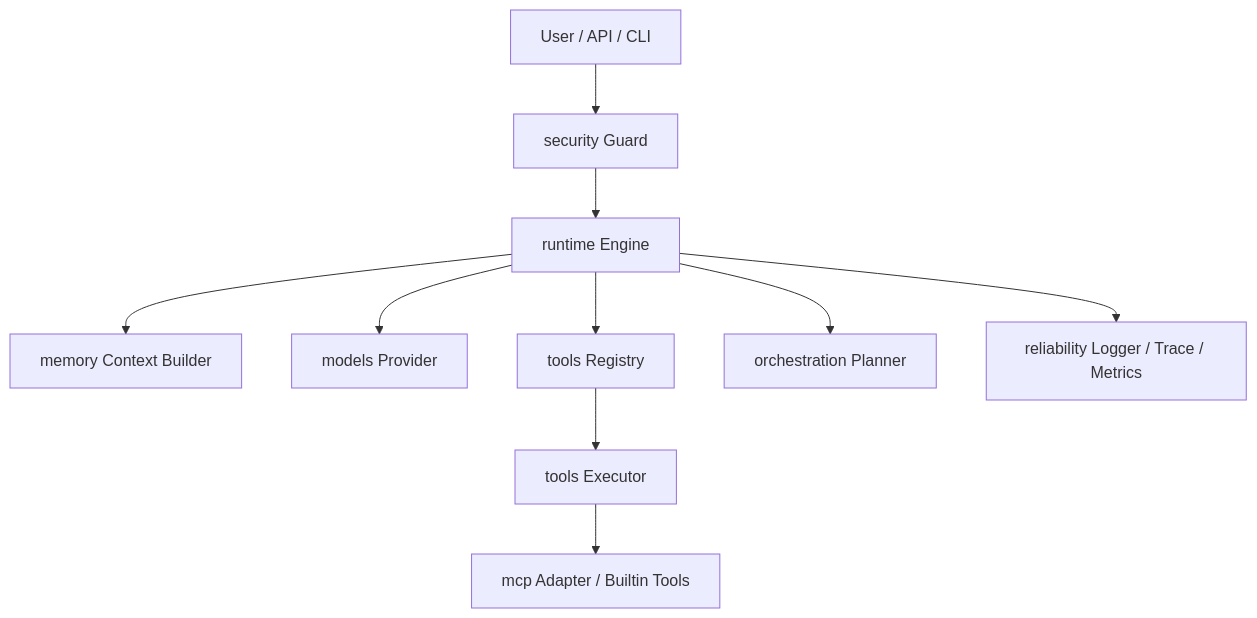
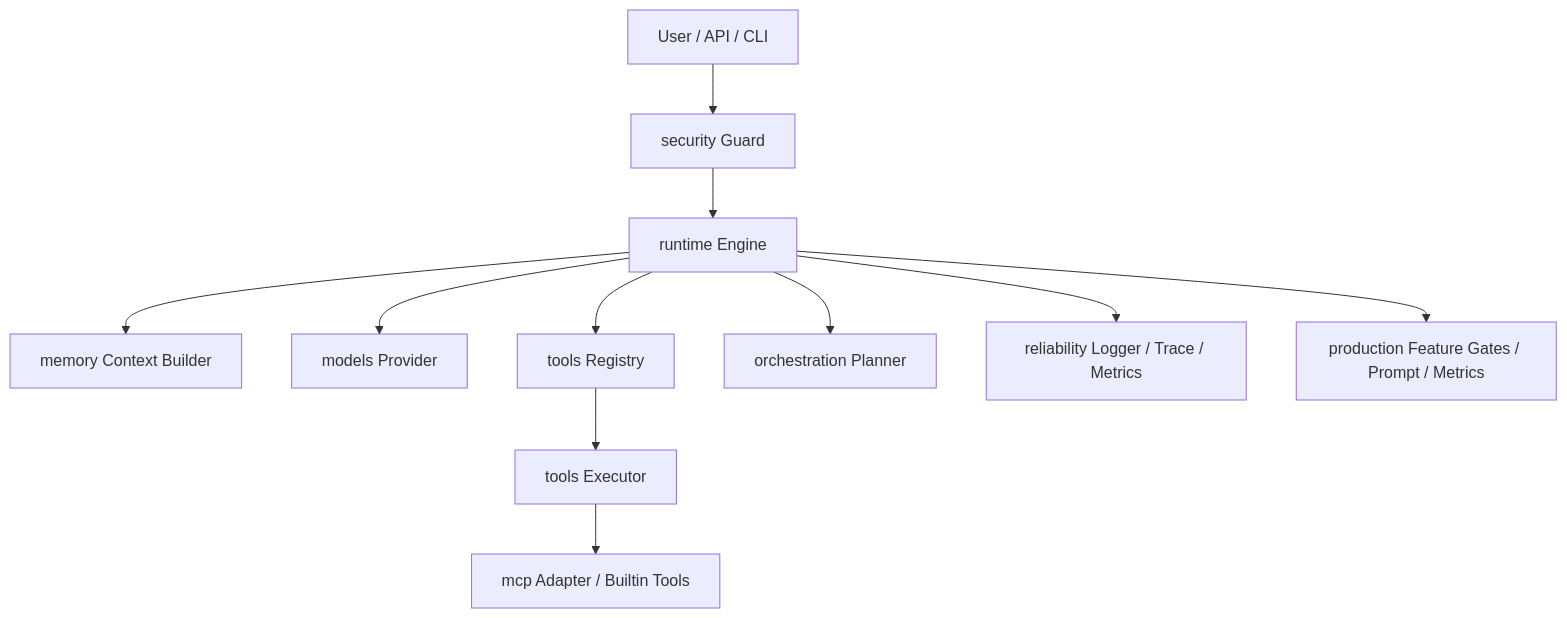
The diagram in MiniHarness_TS_技术方案.md (zxt6991-source/mini-harness), drawn with Mermaid before and after one commit. The commit also changed other lines of this file and 16 other files, not shown here.

````diff
--- a/MiniHarness_TS_技术方案.md
+++ b/MiniHarness_TS_技术方案.md
@@ -55,12 +56,13 @@
 ```mermaid
 flowchart TD
     A[User / API / CLI] --> B[security Guard]
     B --> C[runtime Engine]
     C --> D[memory Context Builder]
     C --> E[models Provider]
     C --> F[tools Registry]
     F --> G[tools Executor]
     G --> H[mcp Adapter / Builtin Tools]
     C --> I[orchestration Planner]
     C --> J[reliability Logger / Trace / Metrics]
+    C --> K[production Feature Gates / Prompt / Metrics]
 ```
````
